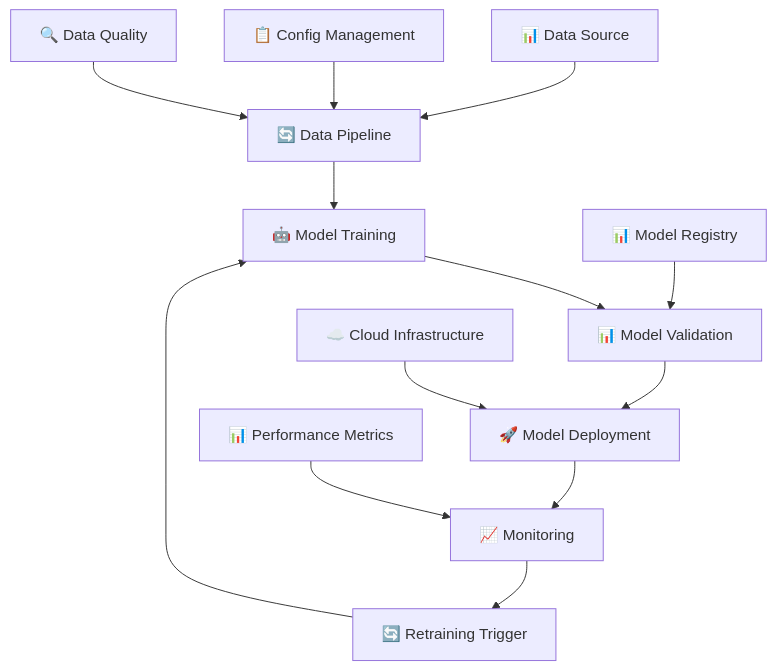
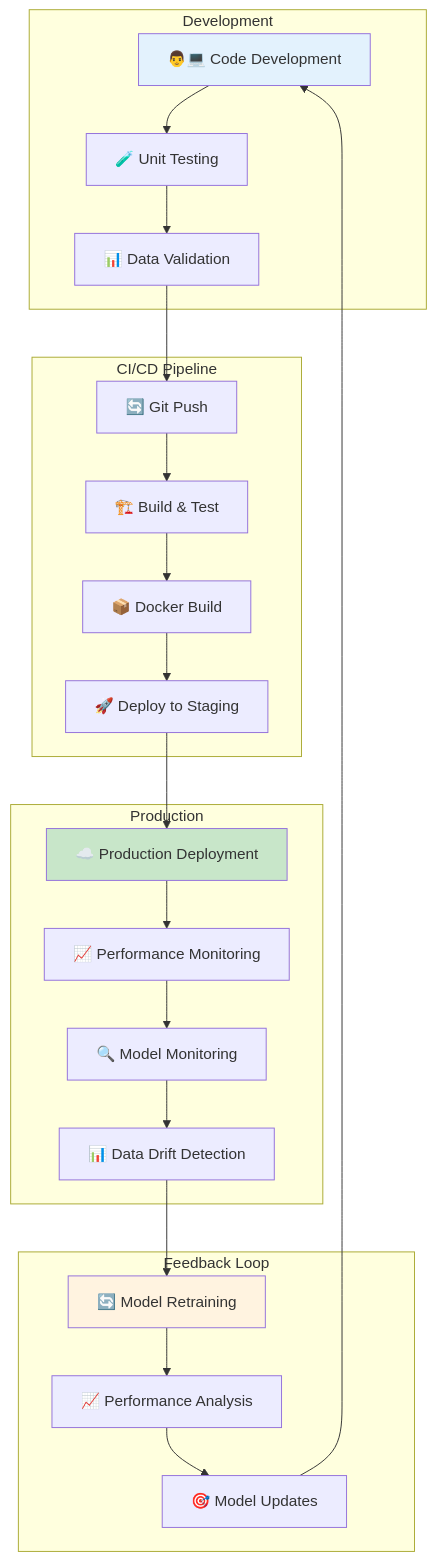
Before and after one commit to Charan703/E2E_NetworkSecurity: the fifth of 5 diagrams in README.md, drawn with Mermaid. The commit also changed other lines of this file and 8 other files, not shown here.

````diff
--- a/README.md
+++ b/README.md
@@ -267,16 +429,47 @@
 ```mermaid
 graph TB
-    A[📊 Data Source] --> B[🔄 Data Pipeline]
-    B --> C[🤖 Model Training]
-    C --> D[📊 Model Validation]
-    D --> E[🚀 Model Deployment]
-    E --> F[📈 Monitoring]
-    F --> G[🔄 Retraining Trigger]
-    G --> C
+    subgraph "Development"
+        A[👨💻 Code Development]
+        B[🧪 Unit Testing]
+        C[📊 Data Validation]
+    end
     
-    H[📋 Config Management] --> B
-    I[🔍 Data Quality] --> B
-    J[📊 Model Registry] --> D
-    K[☁️ Cloud Infrastructure] --> E
-    L[📊 Performance Metrics] --> F
+    subgraph "CI/CD Pipeline"
+        D[🔄 Git Push]
+        E[🏗️ Build & Test]
+        F[📦 Docker Build]
+        G[🚀 Deploy to Staging]
+    end
+    
+    subgraph "Production"
+        H[☁️ Production Deployment]
+        I[📈 Performance Monitoring]
+        J[🔍 Model Monitoring]
+        K[📊 Data Drift Detection]
+    end
+    
+    subgraph "Feedback Loop"
+        L[🔄 Model Retraining]
+        M[📈 Performance Analysis]
+        N[🎯 Model Updates]
+    end
+    
+    A --> B
+    B --> C
+    C --> D
+    D --> E
+    E --> F
+    F --> G
+    G --> H
+    H --> I
+    I --> J
+    J --> K
+    K --> L
+    L --> M
+    M --> N
+    N --> A
+    
+    style A fill:#e3f2fd
+    style H fill:#c8e6c9
+    style L fill:#fff3e0
 ```
````
